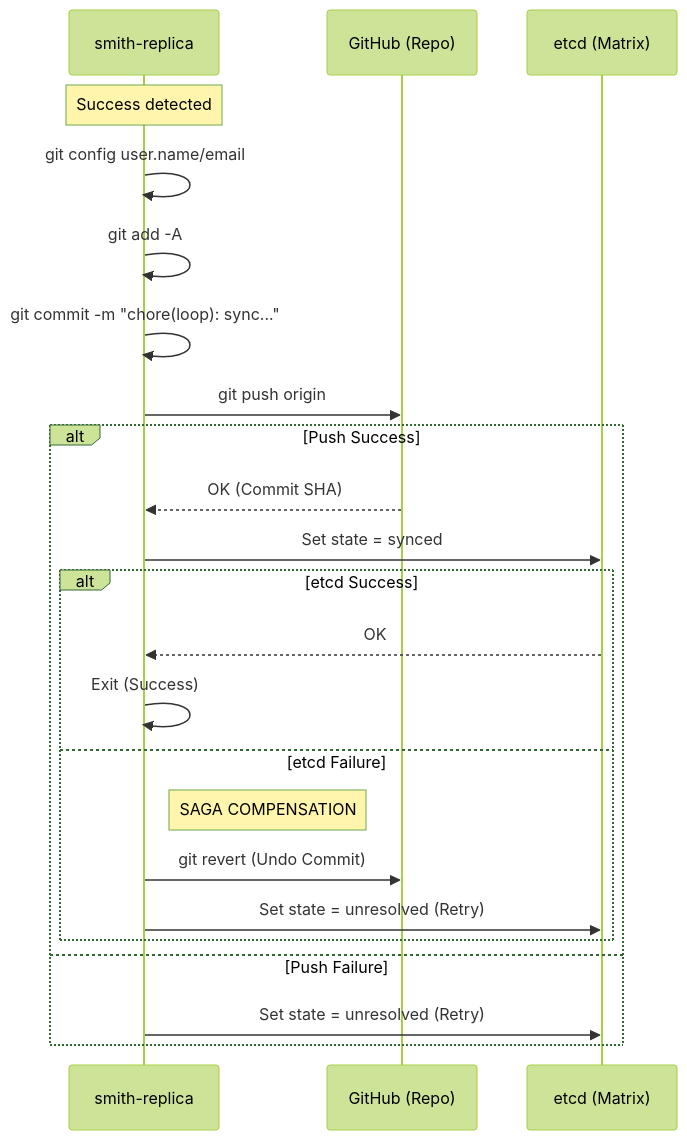
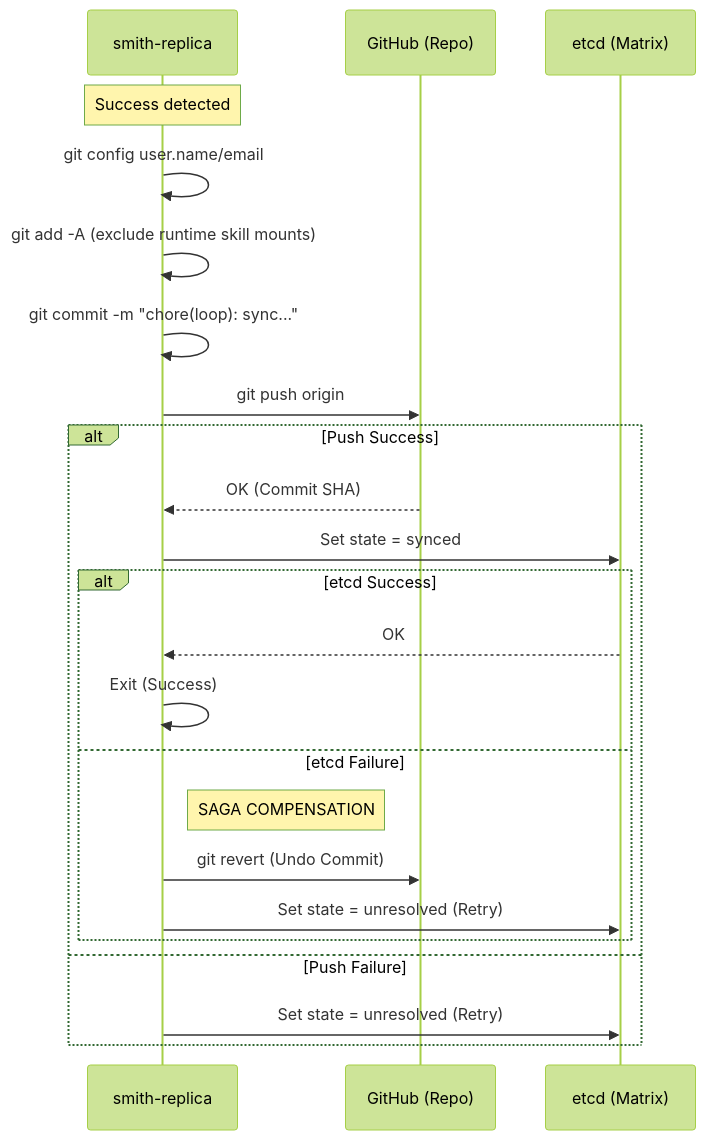
One commit to mrkplt/smith changed the diagram in docs/completion-commit-protocol.md. Above: the diagram before and after it, drawn with Mermaid (forest theme). The commit also changed other lines of this file and 4 other files, not shown here.

First line of the commit message:
fix(completion): exclude runtime skill mounts from loop commits

````diff
--- a/docs/completion-commit-protocol.md
+++ b/docs/completion-commit-protocol.md
@@ -9,27 +9,27 @@
 ```mermaid
 sequenceDiagram
     participant replica as smith-replica
     participant github as GitHub (Repo)
     participant etcd as etcd (Matrix)
 
     Note over replica: Success detected
     replica->>replica: git config user.name/email
-    replica->>replica: git add -A
+    replica->>replica: git add -A (exclude runtime skill mounts)
     replica->>replica: git commit -m "chore(loop): sync..."
     
     replica->>github: git push origin
     alt Push Success
         github-->>replica: OK (Commit SHA)
         replica->>etcd: Set state = synced
         alt etcd Success
             etcd-->>replica: OK
             replica->>replica: Exit (Success)
         else etcd Failure
             Note right of replica: SAGA COMPENSATION
             replica->>github: git revert (Undo Commit)
             replica->>etcd: Set state = unresolved (Retry)
         end
     else Push Failure
         replica->>etcd: Set state = unresolved (Retry)
     end
 ```
````
